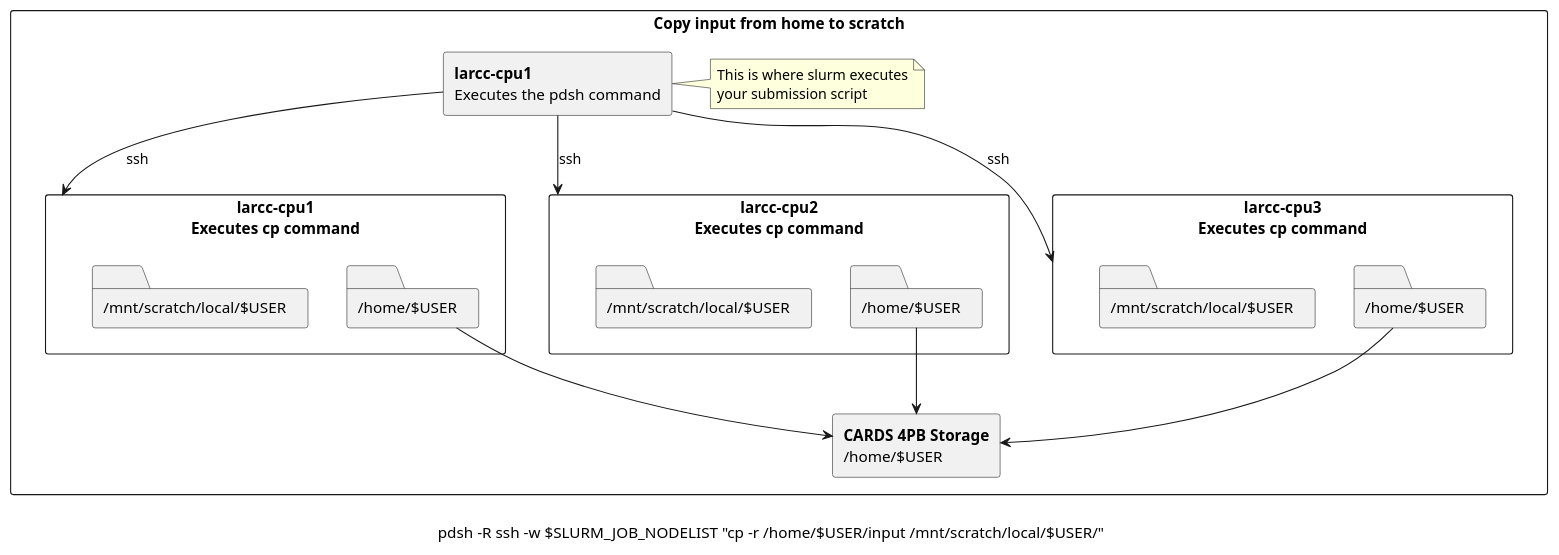
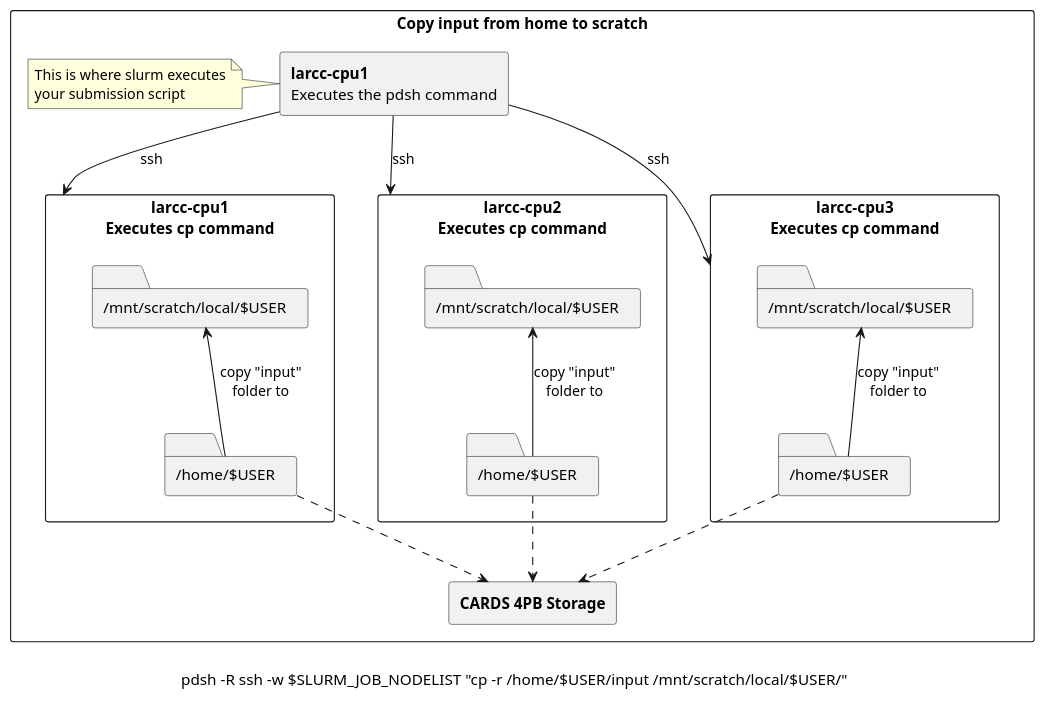
One commit to ularc/user-docs changed the diagram in storage/images/pdsh_home_to_scratch.puml. Above: the diagram before and after it, drawn with PlantUML.

Commit message:
Finishing src code of diagram

```diff
--- a/storage/images/pdsh_home_to_scratch.puml
+++ b/storage/images/pdsh_home_to_scratch.puml
@@ -1,34 +1,39 @@
 @startuml
 
 rectangle "Copy input from home to scratch" {
 caption \lpdsh -R ssh -w $SLURM_JOB_NODELIST "cp -r /home/$USER/input /mnt/scratch/local/$USER/"
 
 rectangle "<b>larcc-cpu1\nExecutes the pdsh command" as job_executor
-note right
+note left
   This is where slurm executes
   your submission script
 end note
-rectangle "<b>CARDS 4PB Storage\n/home/$USER" as Shared
+rectangle "<b>CARDS 4PB Storage" as Shared
 
 rectangle "<b>larcc-cpu1\nExecutes cp command" as Node1 {
   folder "/home/$USER" as Node1Home
   folder "/mnt/scratch/local/$USER" as Node1Scratch
 }
 
 rectangle "<b>larcc-cpu2\nExecutes cp command" as Node2 {
   folder "/home/$USER" as Node2Home
   folder "/mnt/scratch/local/$USER" as Node2Scratch
 }
 rectangle "<b>larcc-cpu3\nExecutes cp command" as Node3 {
   folder "/home/$USER" as Node3Home
   folder "/mnt/scratch/local/$USER" as Node3Scratch
 }
 
 job_executor -down-> Node1 : ssh
 job_executor -down-> Node2 : ssh
 job_executor -down-> Node3 : ssh
-Node1Home -down-> Shared
-Node2Home -down-> Shared
-Node3Home -down-> Shared
+
+Node1Home -up-> Node1Scratch : copy "input"\nfolder to
+Node2Home -up-> Node2Scratch : copy "input"\nfolder to
+Node3Home -up-> Node3Scratch : copy "input"\nfolder to
+
+Node1Home -[dashed]down-> Shared
+Node2Home -[dashed]down-> Shared
+Node3Home -[dashed]down-> Shared
 }
 @enduml
```
